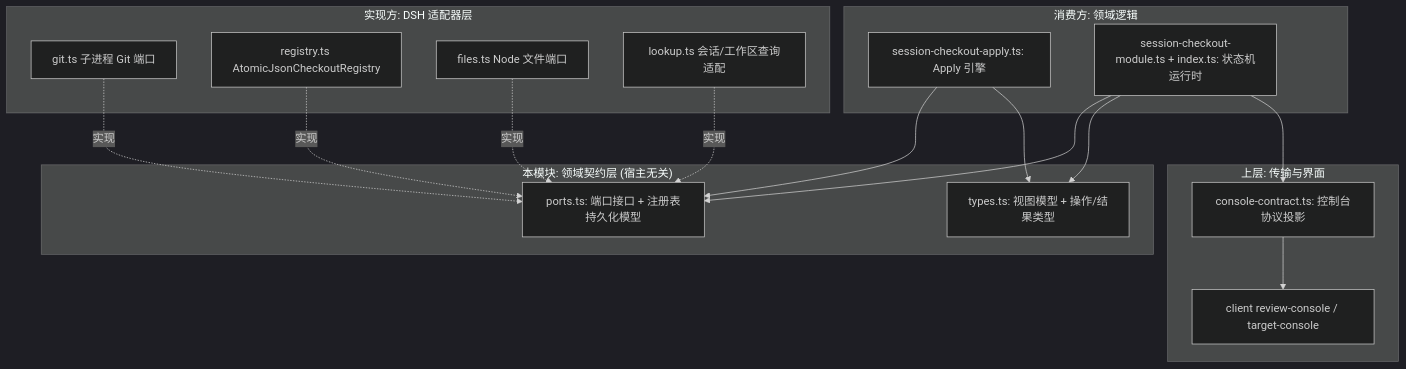
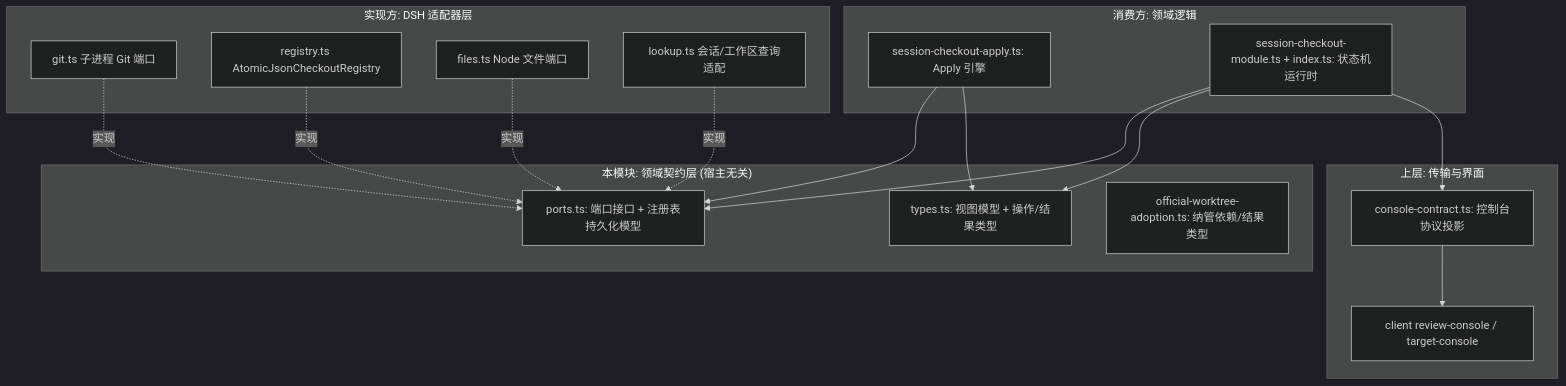
Before and after one commit to ikliml666/dsh-git-workspace: the first of 4 diagrams in .codewiki/_native-state/docs/core_worktree_domain_and_infrastructure/session_checkout_domain/session_checkout_domain_contracts.md, drawn with Mermaid (dark theme). The commit also changed other lines of this file and 28 other files, not shown here.

````diff
--- a/.codewiki/_native-state/docs/core_worktree_domain_and_infrastructure/session_checkout_domain/session_checkout_domain_contracts.md
+++ b/.codewiki/_native-state/docs/core_worktree_domain_and_infrastructure/session_checkout_domain/session_checkout_domain_contracts.md
@@ -14,31 +15,32 @@
 ```mermaid
 flowchart TB
   subgraph AD["实现方: DSH 适配器层"]
     A1["git.ts 子进程 Git 端口"]
     A2["registry.ts AtomicJsonCheckoutRegistry"]
     A3["files.ts Node 文件端口"]
     A4["lookup.ts 会话/工作区查询适配"]
   end
   subgraph CT["本模块: 领域契约层 (宿主无关)"]
     P["ports.ts: 端口接口 + 注册表持久化模型"]
     T["types.ts: 视图模型 + 操作/结果类型"]
+    A["official-worktree-adoption.ts: 纳管依赖/结果类型"]
   end
   subgraph CN["消费方: 领域逻辑"]
     E["session-checkout-apply.ts: Apply 引擎"]
     M["session-checkout-module.ts + index.ts: 状态机运行时"]
   end
   subgraph UP["上层: 传输与界面"]
     C["console-contract.ts: 控制台协议投影"]
     U["client review-console / target-console"]
   end
   A1 -. 实现 .-> P
   A2 -. 实现 .-> P
   A3 -. 实现 .-> P
   A4 -. 实现 .-> P
   E --> P
   M --> P
   M --> T
   E --> T
   M --> C
   C --> U
 ```
````
